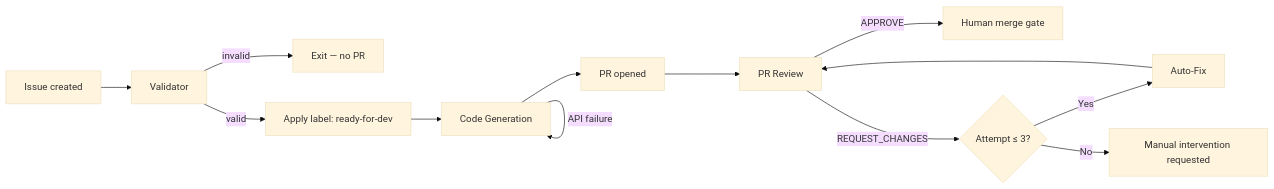
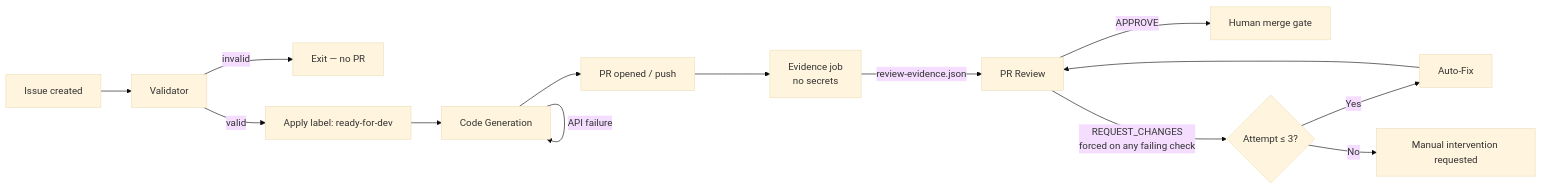
Before and after one commit to koydas/autonomous-dev-loop: the diagram in README.md, drawn with Mermaid (base theme). The commit also changed 15 other files, not shown here.

First line of the commit message:
fix(review): harden tool evidence per PR #160 review

````diff
--- a/README.md
+++ b/README.md
@@ -71,15 +71,16 @@
 ```mermaid
 graph LR
     A[Issue created] --> B[Validator]
     B -->|invalid| Z[Exit — no PR]
     B -->|valid| C[Apply label: ready-for-dev]
     C --> D[Code Generation]
     D -->|API failure| D
-    D --> E[PR opened]
-    E --> F[PR Review]
+    D --> E[PR opened / push]
+    E --> EV[Evidence job<br/>no secrets]
+    EV -->|review-evidence.json| F[PR Review]
     F -->|APPROVE| G[Human merge gate]
-    F -->|REQUEST_CHANGES| H{Attempt ≤ 3?}
+    F -->|REQUEST_CHANGES<br/>forced on any failing check| H{Attempt ≤ 3?}
     H -->|Yes| I[Auto-Fix]
     I --> F
     H -->|No| J[Manual intervention requested]
 ```
````
